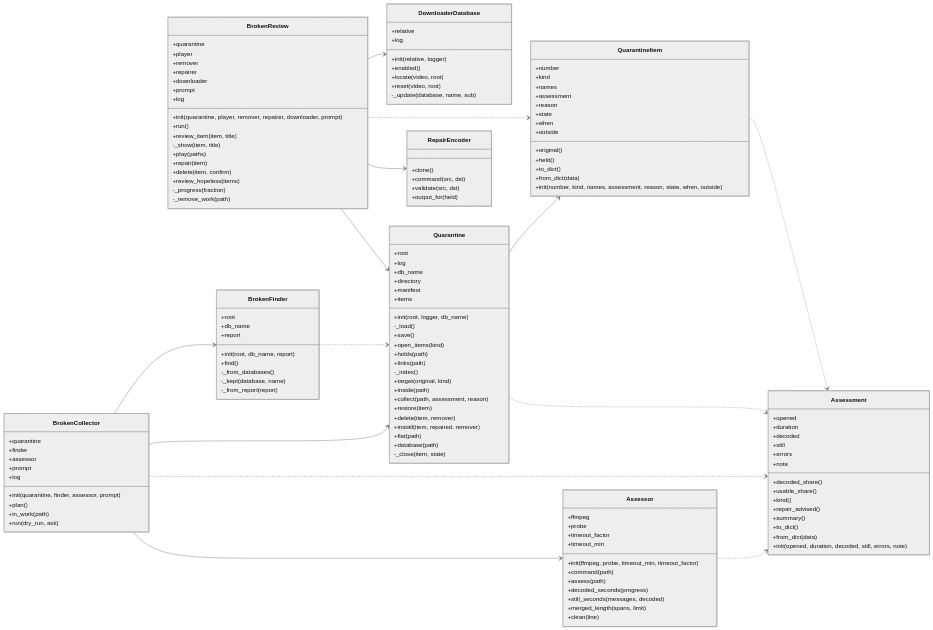
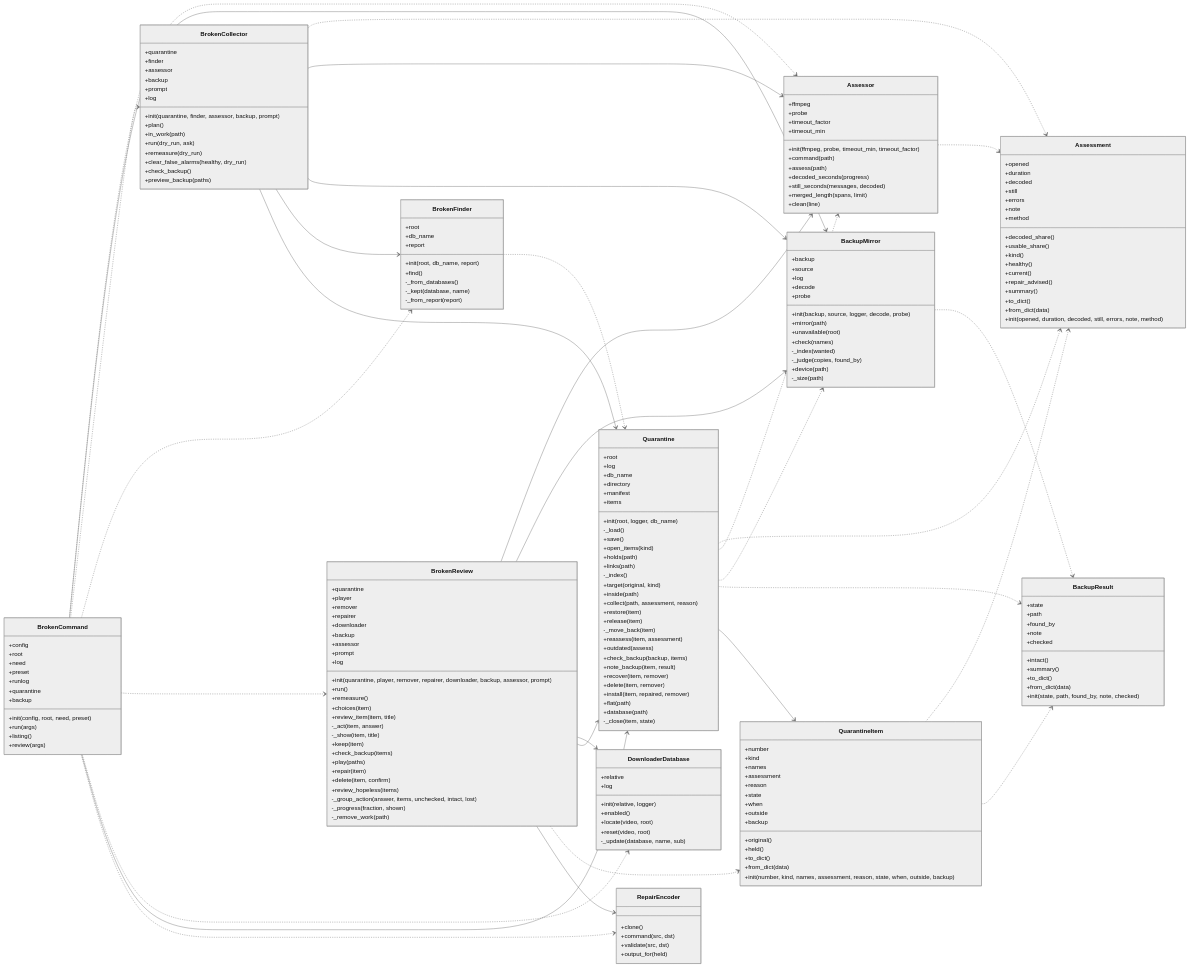
One commit to peddanet/mediatools changed the diagram in docs/img/uml_broken.mmd. Above: the diagram before and after it, drawn with Mermaid (neutral theme). The commit also changed 42 other files, not shown here.

First line of the commit message:
Release 1.7.1: broken - backup check before repair/delete, false alarms, GUI review

```diff
--- a/docs/img/uml_broken.mmd
+++ b/docs/img/uml_broken.mmd
@@ -7,14 +7,17 @@
     +still
     +errors
     +note
+    +method
     +decoded_share()
     +usable_share()
     +kind()
+    +healthy()
+    +current()
     +repair_advised()
     +summary()
     +to_dict()
     +from_dict(data)
-    +init(opened, duration, decoded, still, errors, note)
+    +init(opened, duration, decoded, still, errors, note, method)
   }
   class Assessor {
     +ffmpeg
@@ -29,16 +32,61 @@
     +merged_length(spans, limit)
     +clean(line)
   }
+  class BackupMirror {
+    +backup
+    +source
+    +log
+    +decode
+    +probe
+    +init(backup, source, logger, decode, probe)
+    +mirror(path)
+    +unavailable(root)
+    +check(names)
+    -_index(wanted)
+    -_judge(copies, found_by)
+    +device(path)
+    -_size(path)
+  }
+  class BackupResult {
+    +state
+    +path
+    +found_by
+    +note
+    +checked
+    +intact()
+    +summary()
+    +to_dict()
+    +from_dict(data)
+    +init(state, path, found_by, note, checked)
+  }
   class BrokenCollector {
     +quarantine
     +finder
     +assessor
+    +backup
     +prompt
     +log
-    +init(quarantine, finder, assessor, prompt)
+    +init(quarantine, finder, assessor, backup, prompt)
     +plan()
     +in_work(path)
     +run(dry_run, ask)
+    +remeasure(dry_run)
+    +clear_false_alarms(healthy, dry_run)
+    +check_backup()
+    +preview_backup(paths)
+  }
+  class BrokenCommand {
+    +config
+    +root
+    +need
+    +preset
+    +runlog
+    +quarantine
+    +backup
+    +init(config, root, need, preset)
+    +run(args)
+    +listing()
+    +review(args)
   }
   class DownloaderDatabase {
     +relative
@@ -77,6 +125,13 @@
     +inside(path)
     +collect(path, assessment, reason)
     +restore(item)
+    +release(item)
+    -_move_back(item)
+    +reassess(item, assessment)
+    +outdated(assess)
+    +check_backup(backup, items)
+    +note_backup(item, result)
+    +recover(item, remover)
     +delete(item, remover)
     +install(item, repaired, remover)
     +flat(path)
@@ -92,11 +147,12 @@
     +state
     +when
     +outside
+    +backup
     +original()
     +held()
     +to_dict()
     +from_dict(data)
-    +init(number, kind, names, assessment, reason, state, when, outside)
+    +init(number, kind, names, assessment, reason, state, when, outside, backup)
   }
   class RepairEncoder {
     +clone()
@@ -110,28 +166,52 @@
     +remover
     +repairer
     +downloader
+    +backup
+    +assessor
     +prompt
     +log
-    +init(quarantine, player, remover, repairer, downloader, prompt)
+    +init(quarantine, player, remover, repairer, downloader, backup, assessor, prompt)
     +run()
+    +remeasure()
+    +choices(item)
     +review_item(item, title)
+    -_act(item, answer)
     -_show(item, title)
+    +keep(item)
+    +check_backup(items)
     +play(paths)
     +repair(item)
     +delete(item, confirm)
     +review_hopeless(items)
-    -_progress(fraction)
+    -_group_action(answer, items, unchecked, intact, lost)
+    -_progress(fraction, shown)
     -_remove_work(path)
   }
   Assessor ..> Assessment
+  BackupMirror ..> BackupResult
   BrokenCollector ..> Assessment
   BrokenCollector --> Assessor
+  BrokenCollector --> BackupMirror
   BrokenCollector --> BrokenFinder
   BrokenCollector --> Quarantine
+  BrokenCommand ..> Assessor
+  BrokenCommand --> BackupMirror
+  BrokenCommand ..> BrokenCollector
+  BrokenCommand ..> BrokenFinder
+  BrokenCommand ..> BrokenReview
+  BrokenCommand ..> DownloaderDatabase
+  BrokenCommand --> Quarantine
+  BrokenCommand ..> RepairEncoder
   BrokenFinder ..> Quarantine
   Quarantine ..> Assessment
+  Quarantine ..> Assessor
+  Quarantine ..> BackupMirror
+  Quarantine ..> BackupResult
   Quarantine --> QuarantineItem
   QuarantineItem ..> Assessment
+  QuarantineItem ..> BackupResult
+  BrokenReview --> Assessor
+  BrokenReview --> BackupMirror
   BrokenReview --> DownloaderDatabase
   BrokenReview --> Quarantine
   BrokenReview ..> QuarantineItem
```
